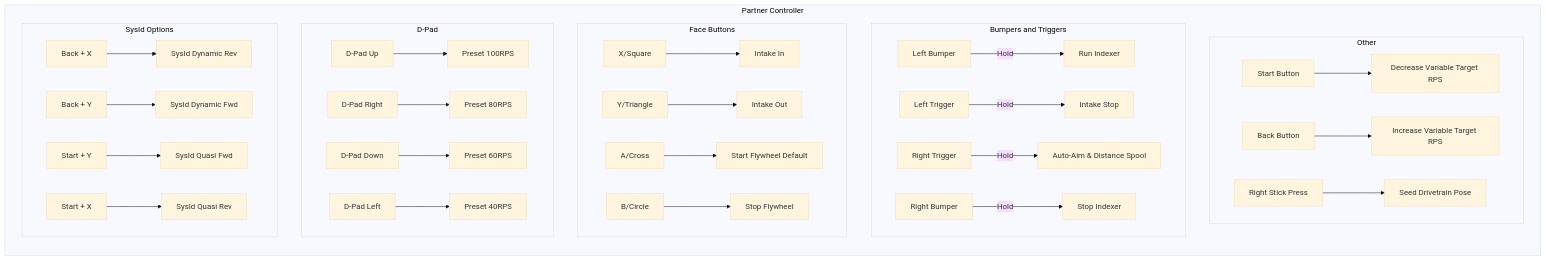
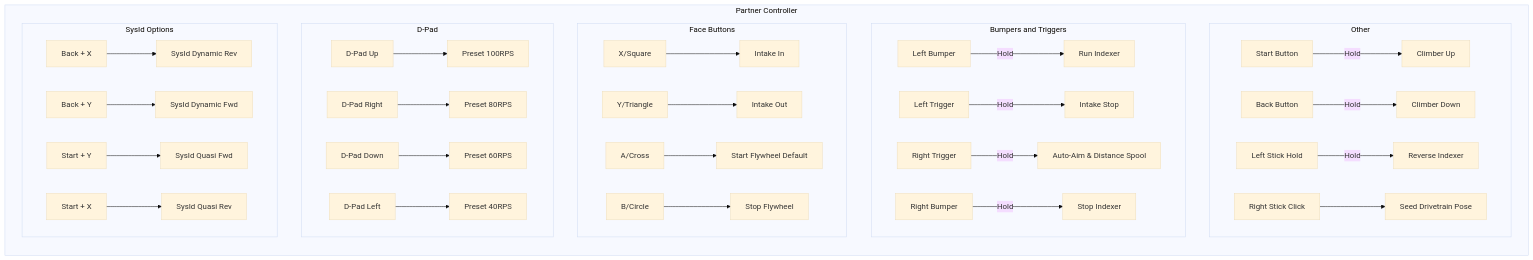
One commit to Lambda-Corps/2026-rebuilt-robot changed the second of 2 diagrams in README.md. Above: the diagram before and after it, drawn with Mermaid (base theme). The commit also changed 6 other files, not shown here.

Commit message:
Enable left-stick click to reverse indexer. Fix intake stopping. Confirmed shoot-while-moving auto doesn't shoot as expected.

````diff
--- a/README.md
+++ b/README.md
@@ -45,39 +45,40 @@
 ```mermaid Partner Controller
 flowchart LR
     subgraph Partner Controller
         subgraph Other
-            PARTNER_START[Start Button] --> Dec[Decrease Variable Target RPS]
-            PARTNER_BACK[Back Button] --> Inc[Increase Variable Target RPS]
-            PARTNER_RIGHT_STICK[Right Stick Press] --> VisSeed[Seed Drivetrain Pose]
+            PARTNER_START[Start Button] -->|Hold| ClimbUp[Climber Up]
+            PARTNER_BACK[Back Button] -->|Hold| ClimbDown[Climber Down]
+            PARTNER_LEFT_STICK_HOLD[Left Stick Hold] -->|Hold| IdxRevP[Reverse Indexer]
+            PARTNER_RIGHT_STICK_CLICK[Right Stick Click] --> VisSeed[Seed Drivetrain Pose]
         end
 
         subgraph Bumpers and Triggers
             PARTNER_LEFTBUMPER[Left Bumper] -->|Hold| IdxIn[Run Indexer]
             PARTNER_LEFTTRIGGER[Left Trigger] -->|Hold| InStop[Intake Stop]
             
             PARTNER_RIGHTTRIGGER[Right Trigger] -->|Hold| Auto[Auto-Aim & Distance Spool]
             PARTNER_RIGHTBUMPER[Right Bumper] -->|Hold| IdxStop[Stop Indexer]
         end
 
         subgraph Face Buttons
             PARTNER_X_BUTTON[X/Square] --> InIn[Intake In]
             PARTNER_Y_BUTTON[Y/Triangle] --> InOut[Intake Out]
             PARTNER_A_BUTTON[A/Cross] --> StartFly[Start Flywheel Default]
             PARTNER_B_BUTTON[B/Circle] --> StopFly[Stop Flywheel]       
         end
 
         subgraph D-Pad
             PARTNER_DPAD_UP[D-Pad Up] --> SP_Fly_100[Preset 100RPS]
             PARTNER_DPAD_RIGHT[D-Pad Right] --> SP_Fly_80[Preset 80RPS]
             PARTNER_DPAD_DOWN[D-Pad Down] --> SP_Fly_60[Preset 60RPS]
             PARTNER_DPAD_LEFT[D-Pad Left] --> SP_Fly_40[Preset 40RPS]
         end
 
         subgraph SysId Options
             PARTNER_BackX[Back + X] --> SysDynR[SysId Dynamic Rev]
             PARTNER_BackY[Back + Y] --> SysDynF[SysId Dynamic Fwd]
             PARTNER_StartY[Start + Y] --> SysQuaF[SysId Quasi Fwd]
             PARTNER_StartX[Start + X] --> SysQuaR[SysId Quasi Rev]
         end
     end
 ```
````
